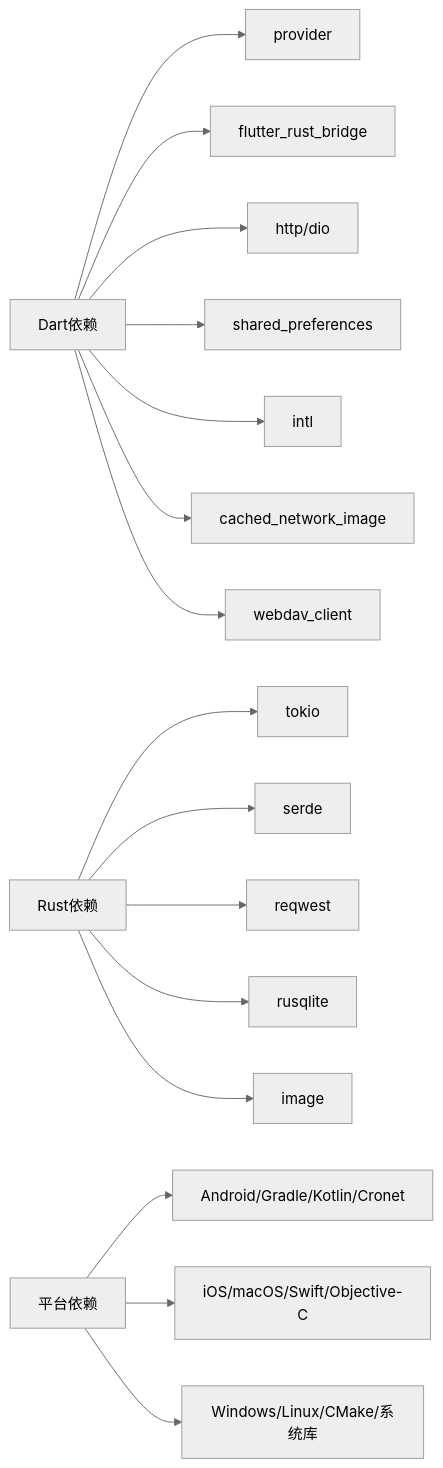
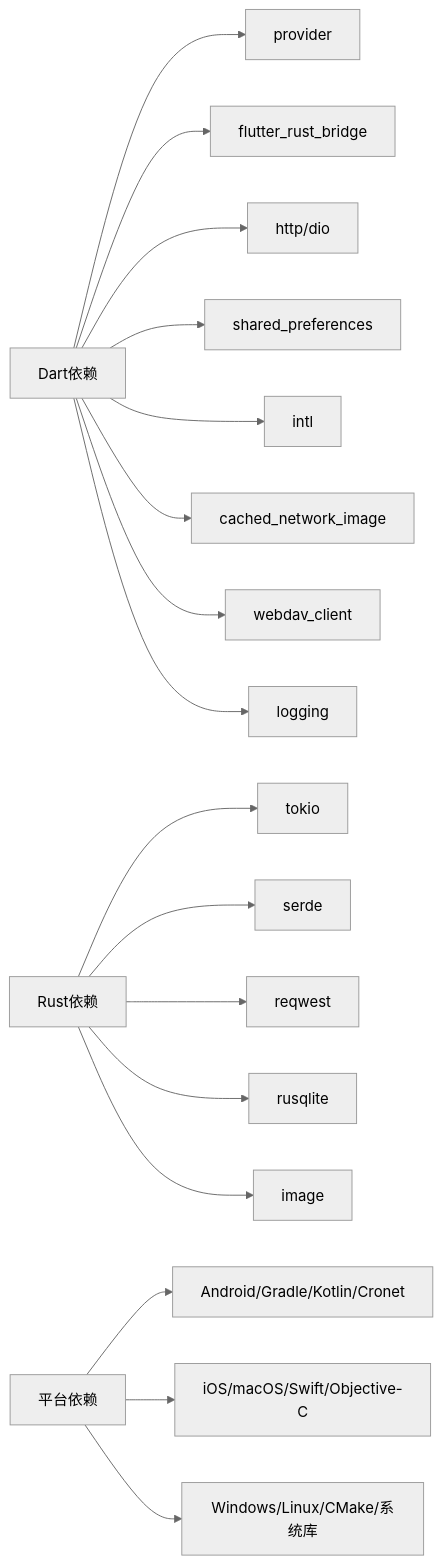
Before and after one commit to ZhangGHGitHub/LegadoTeamFlutter: the tenth of 10 diagrams in .qoder/repowiki/zh/content/Flutter跨平台应用/Flutter跨平台应用.md, drawn with Mermaid (neutral theme). The commit also changed other lines of this file and 68 other files, not shown here.

````diff
--- a/.qoder/repowiki/zh/content/Flutter跨平台应用/Flutter跨平台应用.md
+++ b/.qoder/repowiki/zh/content/Flutter跨平台应用/Flutter跨平台应用.md
@@ -518,18 +573,19 @@
 ```mermaid
 graph LR
 Dart["Dart依赖"] --> Provider["provider"]
 Dart --> FRB["flutter_rust_bridge"]
 Dart --> Http["http/dio"]
 Dart --> Pref["shared_preferences"]
 Dart --> Intl["intl"]
 Dart --> Image["cached_network_image"]
 Dart --> WebDav["webdav_client"]
+Dart --> Logging["logging"]
 Rust["Rust依赖"] --> Tokio["tokio"]
 Rust --> Serde["serde"]
 Rust --> Reqwest["reqwest"]
 Rust --> Sqlite["rusqlite"]
 Rust --> ImageLib["image"]
 Platform["平台依赖"] --> Android["Android/Gradle/Kotlin/Cronet"]
 Platform --> IOS["iOS/macOS/Swift/Objective-C"]
 Platform --> WinLin["Windows/Linux/CMake/系统库"]
 ```
````
